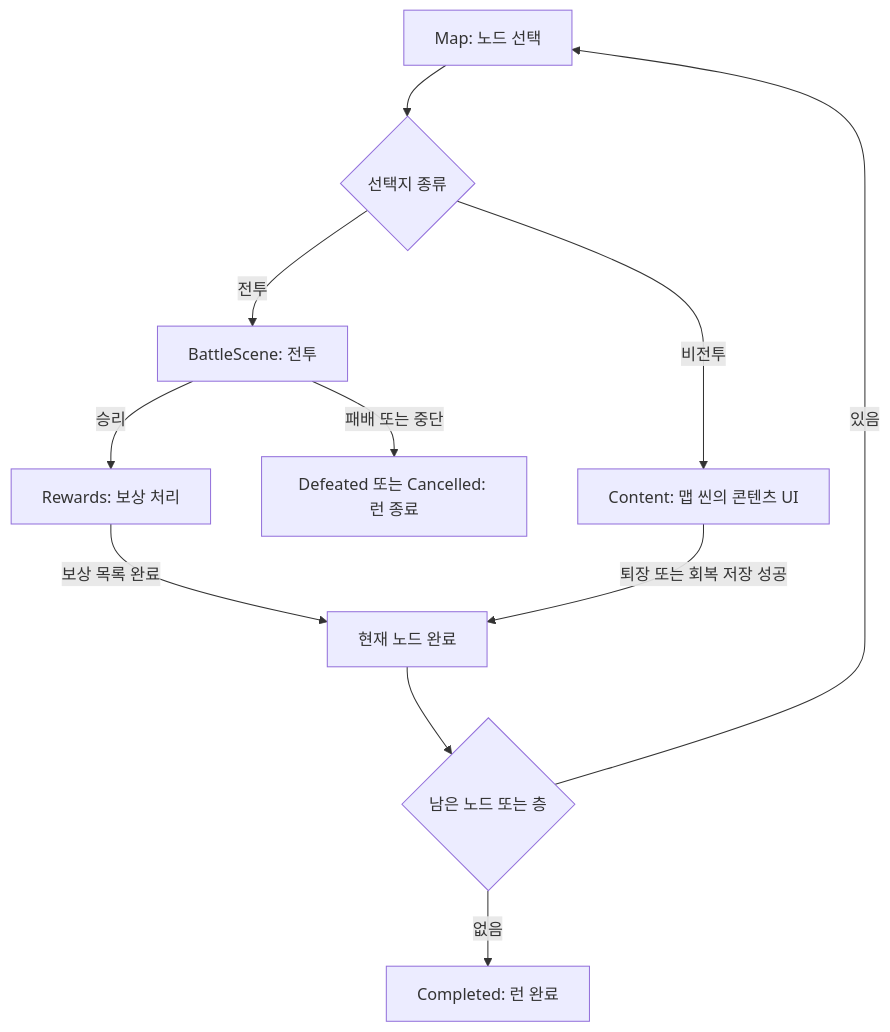
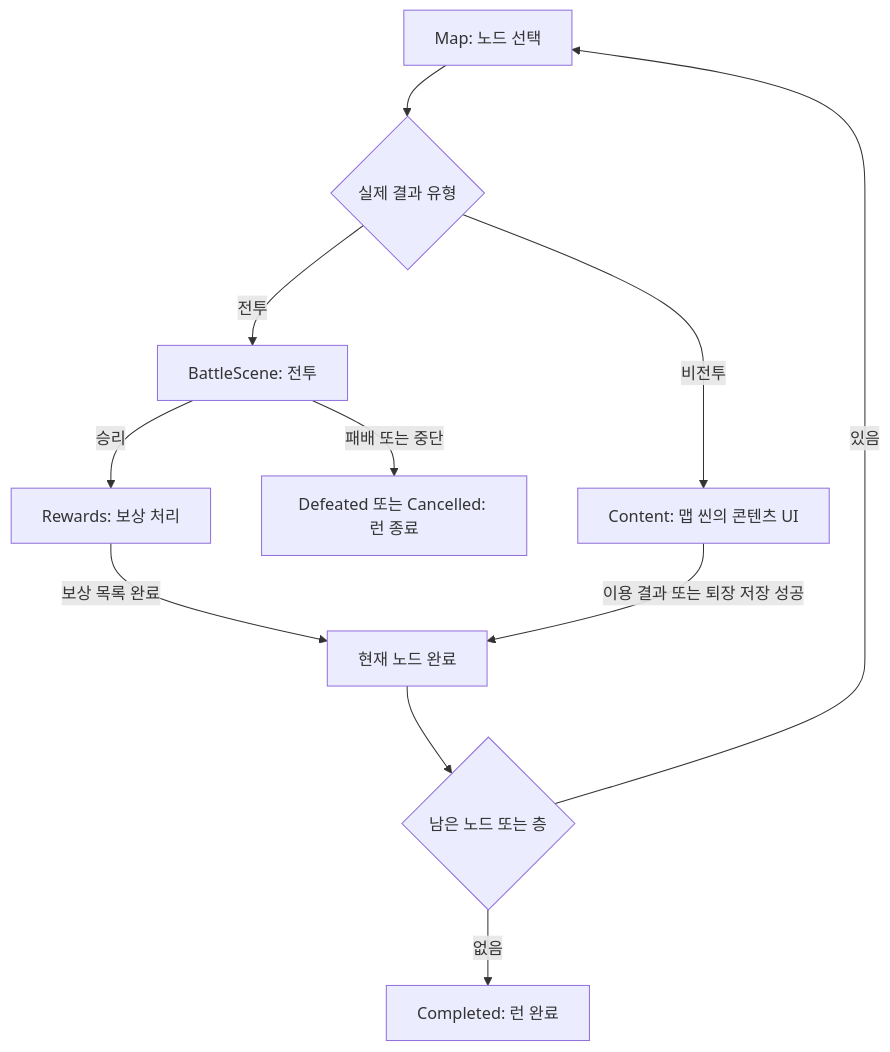
One commit to hun1hun1/Unity_ProjectDN changed the diagram in docs/MapSystem.md. Above: the diagram before and after it, drawn with Mermaid. The commit also changed other lines of this file and 66 other files, not shown here.

````diff
--- a/docs/MapSystem.md
+++ b/docs/MapSystem.md
@@ -55,13 +55,13 @@
 ```mermaid
 flowchart TD
-    A[Map: 노드 선택] --> B{선택지 종류}
+    A[Map: 노드 선택] --> B{실제 결과 유형}
     B -->|전투| C[BattleScene: 전투]
     C -->|승리| D[Rewards: 보상 처리]
     D -->|보상 목록 완료| E[현재 노드 완료]
     B -->|비전투| F[Content: 맵 씬의 콘텐츠 UI]
-    F -->|퇴장 또는 회복 저장 성공| E
+    F -->|이용 결과 또는 퇴장 저장 성공| E
     E --> G{남은 노드 또는 층}
     G -->|있음| A
     G -->|없음| H[Completed: 런 완료]
     C -->|패배 또는 중단| I[Defeated 또는 Cancelled: 런 종료]
 ```
````
